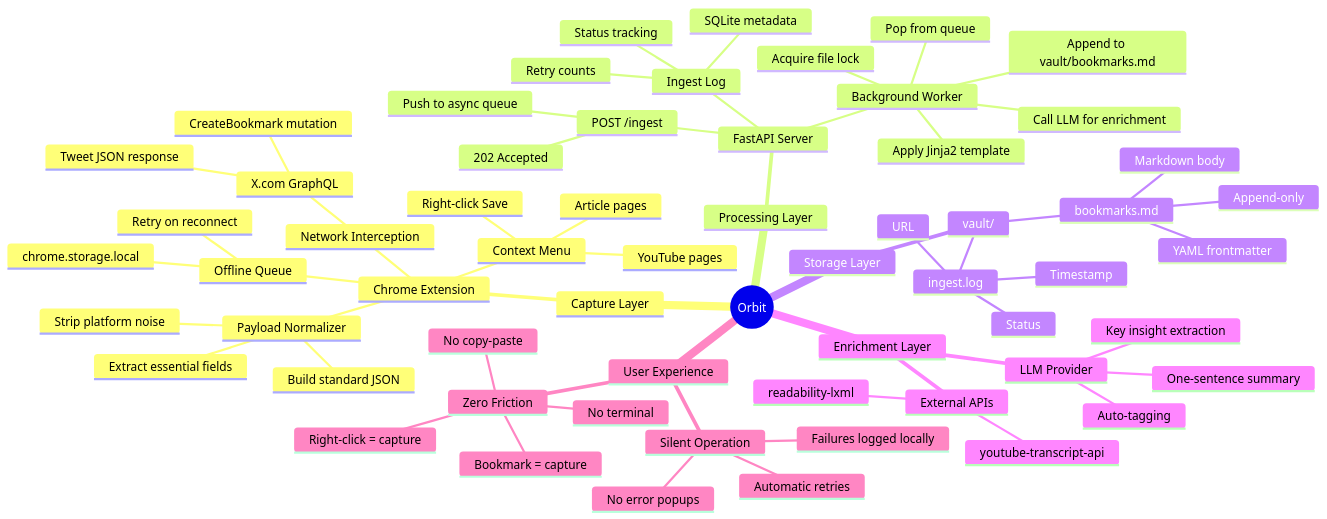
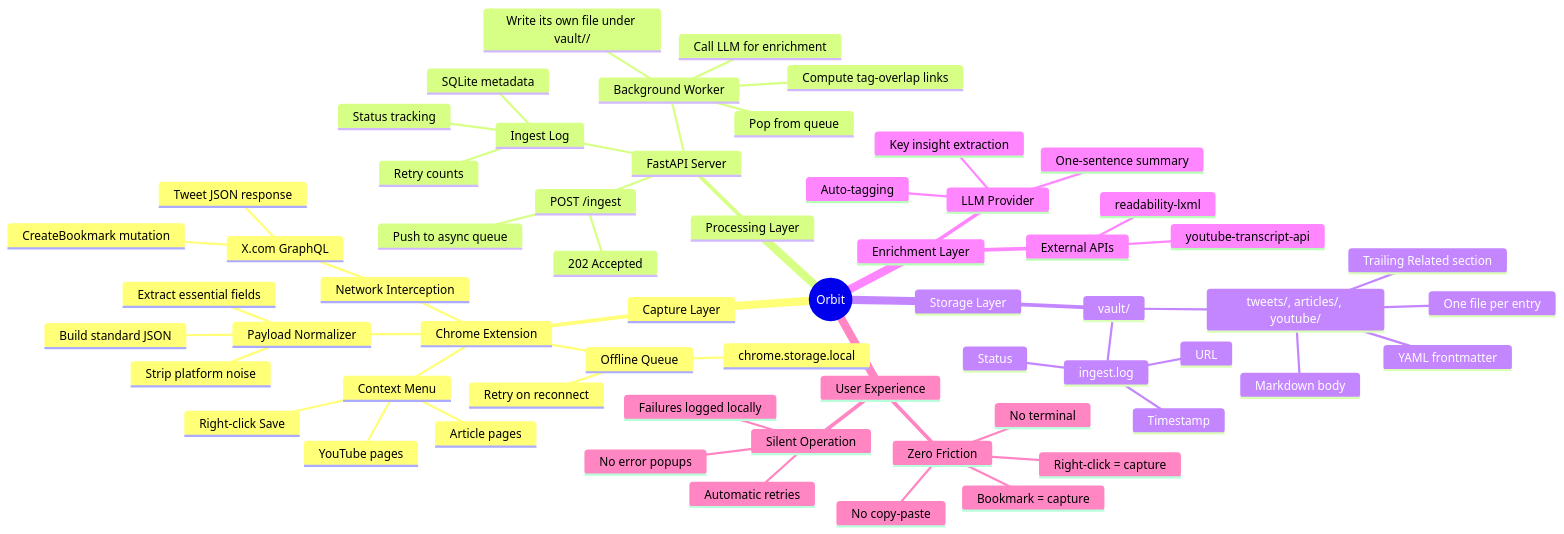
The diagram in ORBIT-PROTOCOL.md (NishthaNabya/FootNotes), drawn with Mermaid before and after one commit. The commit also changed other lines of this file and 3 other files, not shown here.

````diff
--- a/ORBIT-PROTOCOL.md
+++ b/ORBIT-PROTOCOL.md
@@ -153,64 +194,64 @@
 ```mermaid
 mindmap
   root((Orbit))
     Capture Layer
       Chrome Extension
         Network Interception
           X.com GraphQL
             CreateBookmark mutation
             Tweet JSON response
         Context Menu
           Right-click Save
           YouTube pages
           Article pages
         Payload Normalizer
           Extract essential fields
           Strip platform noise
           Build standard JSON
         Offline Queue
           chrome.storage.local
           Retry on reconnect
     Processing Layer
       FastAPI Server
         POST /ingest
           202 Accepted
           Push to async queue
         Background Worker
           Pop from queue
           Call LLM for enrichment
-          Apply Jinja2 template
-          Acquire file lock
-          Append to vault/bookmarks.md
+          Compute tag-overlap links
+          Write its own file under vault/<type>/
         Ingest Log
           SQLite metadata
           Status tracking
           Retry counts
     Storage Layer
       vault/
-        bookmarks.md
+        tweets/, articles/, youtube/
+          One file per entry
           YAML frontmatter
           Markdown body
-          Append-only
+          Trailing Related section
         ingest.log
           Timestamp
           URL
           Status
     Enrichment Layer
       LLM Provider
         Auto-tagging
         One-sentence summary
         Key insight extraction
       External APIs
         youtube-transcript-api
         readability-lxml
     User Experience
       Zero Friction
         Bookmark = capture
         Right-click = capture
         No terminal
         No copy-paste
       Silent Operation
         Failures logged locally
         Automatic retries
         No error popups
 ```
````
